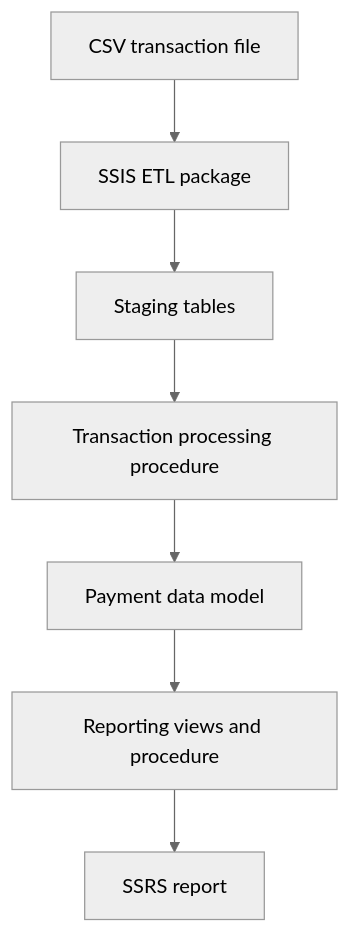
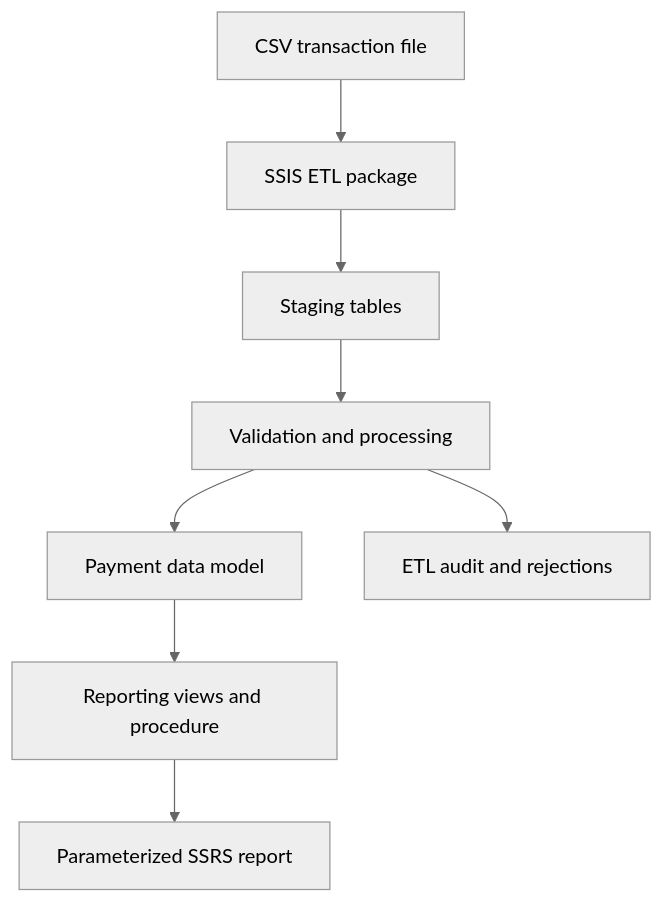
Before and after one commit to Krasny-Lis/payment-flow: the diagram in README.md, drawn with Mermaid (neutral theme). The commit also changed other lines of this file and 7 other files, not shown here.

````diff
--- a/README.md
+++ b/README.md
@@ -17,17 +12,10 @@
 ```mermaid
-
 flowchart TD
-
     A["CSV transaction file"] --> B["SSIS ETL package"]
-
     B --> C["Staging tables"]
-
-    C --> D["Transaction processing procedure"]
-
+    C --> D["Validation and processing"]
     D --> E["Payment data model"]
-
-    E --> F["Reporting views and procedure"]
-
-    F --> G["SSRS report"]
-
+    D --> F["ETL audit and rejections"]
+    E --> G["Reporting views and procedure"]
+    G --> H["Parameterized SSRS report"]
 ```
````
